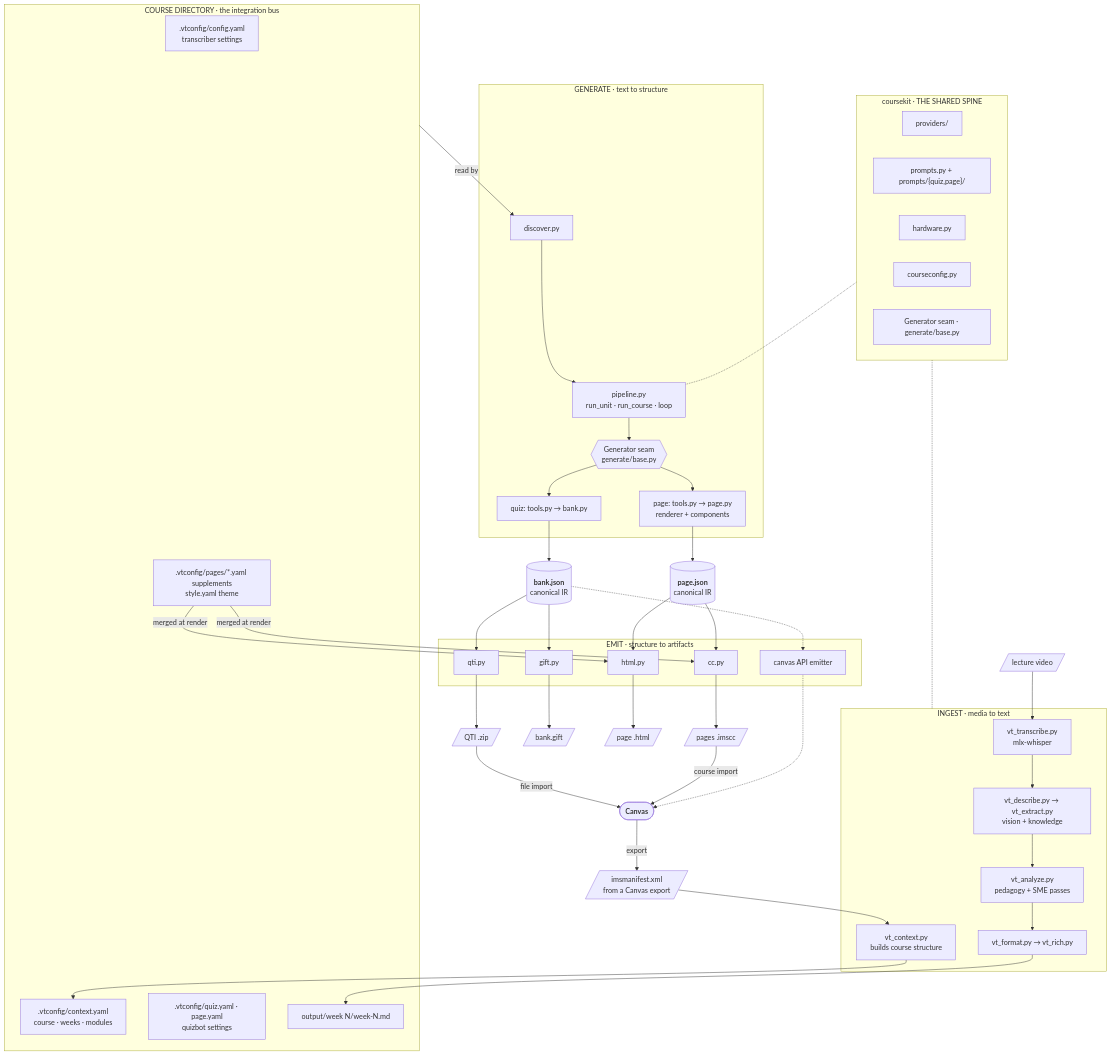
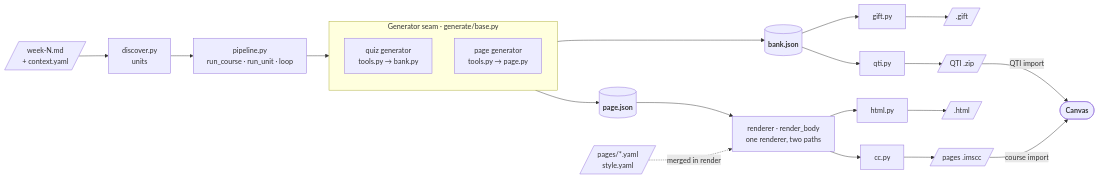
Before and after one commit to andrew-atkinson/quizbot: the second of 3 diagrams in agent/architecture.md, drawn with Mermaid. The commit also changed other lines of this file, not shown here.

Commit message:
fixed: some architectural ambiguities in the diagrams

````diff
--- a/agent/architecture.md
+++ b/agent/architecture.md
@@ -13,75 +63,27 @@
 ```mermaid
-flowchart TB
-    MEDIA[/"lecture video"/]
-    MANIFEST[/"imsmanifest.xml<br/>from a Canvas export"/]
+flowchart LR
+    md[/"week-N.md<br/>+ context.yaml"/] --> disc["discover.py<br/>units"]
+    disc --> pipe["pipeline.py<br/>run_course · run_unit · loop"]
 
-    subgraph ING [" INGEST · media to text "]
-        VTC["vt_context.py<br/>builds course structure"]
-        VTT["vt_transcribe.py<br/>mlx-whisper"]
-        VTD["vt_describe.py → vt_extract.py<br/>vision + knowledge"]
-        VTA["vt_analyze.py<br/>pedagogy + SME passes"]
-        VTF["vt_format.py → vt_rich.py"]
-        VTT --> VTD --> VTA --> VTF
+    subgraph SEAM [" Generator seam · generate/base.py "]
+        direction TB
+        qgen["quiz generator<br/>tools.py → bank.py"]
+        pgen["page generator<br/>tools.py → page.py"]
     end
+    pipe --> SEAM
 
-    subgraph CD [" COURSE DIRECTORY · the integration bus "]
-        CFG[".vtconfig/config.yaml<br/>transcriber settings"]
-        CTX[".vtconfig/context.yaml<br/>course · weeks · modules"]
-        QY[".vtconfig/quiz.yaml · page.yaml<br/>quizbot settings"]
-        SUPP[".vtconfig/pages/*.yaml supplements<br/>style.yaml theme"]
-        TRANS["output/week N/week-N.md"]
-    end
+    qgen --> bank[("<b>bank.json</b>")]
+    pgen --> page[("<b>page.json</b>")]
 
-    subgraph QB [" GENERATE · text to structure "]
-        DISC["discover.py"] --> PIPE["pipeline.py<br/>run_unit · run_course · loop"]
-        PIPE --> SEAM{{"Generator seam<br/>generate/base.py"}}
-        SEAM --> QG["quiz: tools.py → bank.py"]
-        SEAM --> PGN["page: tools.py → page.py<br/>renderer + components"]
-    end
+    bank --> gift["gift.py"] --> gout[/".gift"/]
+    bank --> qti["qti.py"] --> zip[/"QTI .zip"/]
 
-    IRB[("<b>bank.json</b><br/>canonical IR")]
-    IRP[("<b>page.json</b><br/>canonical IR")]
+    page --> render["renderer · render_body<br/>one renderer, two paths"]
+    render --> html["html.py"] --> hout[/".html"/]
+    render --> cc["cc.py"] --> imscc[/"pages .imscc"/]
 
-    subgraph EM [" EMIT · structure to artifacts "]
-        GIFT["gift.py"]
-        QTI["qti.py"]
-        HTML["html.py"]
-        CC["cc.py"]
-        APIE["canvas API emitter"]
-    end
+    supp[/"pages/*.yaml<br/>style.yaml"/] -. "merged in render" .-> render
 
-    ZIP[/"QTI .zip"/]
-    GF[/"bank.gift"/]
-    PHTML[/"page .html"/]
-    IMSCC[/"pages .imscc"/]
-    CANVAS(["<b>Canvas</b>"])
-
-    subgraph SPINE [" coursekit · THE SHARED SPINE "]
-        PROV["providers/"]
-        PROM["prompts.py + prompts/{quiz,page}/"]
-        HW["hardware.py"]
-        CCFG["courseconfig.py"]
-        BASE["Generator seam · generate/base.py"]
-    end
-
-    MEDIA --> VTT
-    CANVAS -- "export" --> MANIFEST --> VTC
-    VTC --> CTX
-    VTF --> TRANS
-    CD -- "read by" --> DISC
-    QG --> IRB
-    PGN --> IRP
-    IRB --> GIFT & QTI
-    IRB -.-> APIE
-    IRP --> HTML & CC
-    SUPP -- "merged at render" --> HTML & CC
-    GIFT --> GF
-    QTI --> ZIP
-    HTML --> PHTML
-    CC --> IMSCC
-    ZIP -- "file import" --> CANVAS
-    IMSCC -- "course import" --> CANVAS
-    APIE -.-> CANVAS
-    SPINE -.- PIPE
-    SPINE -.- ING
+    zip -- "QTI import" --> canvas(["<b>Canvas</b>"])
+    imscc -- "course import" --> canvas
 ```
````
